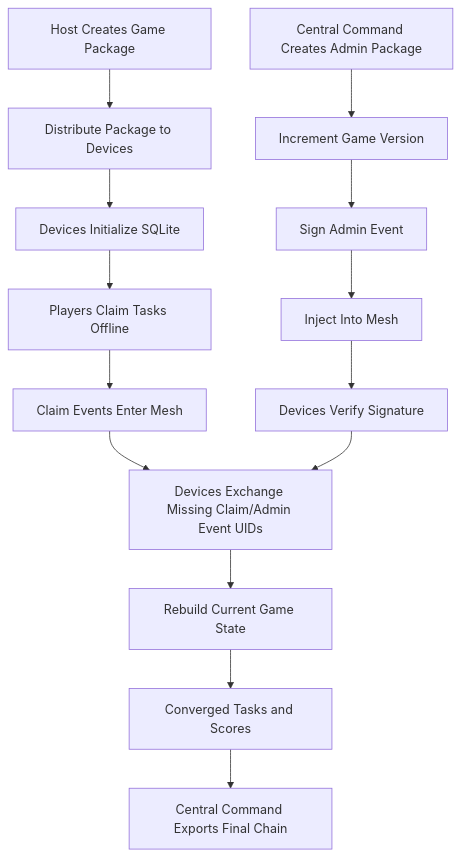
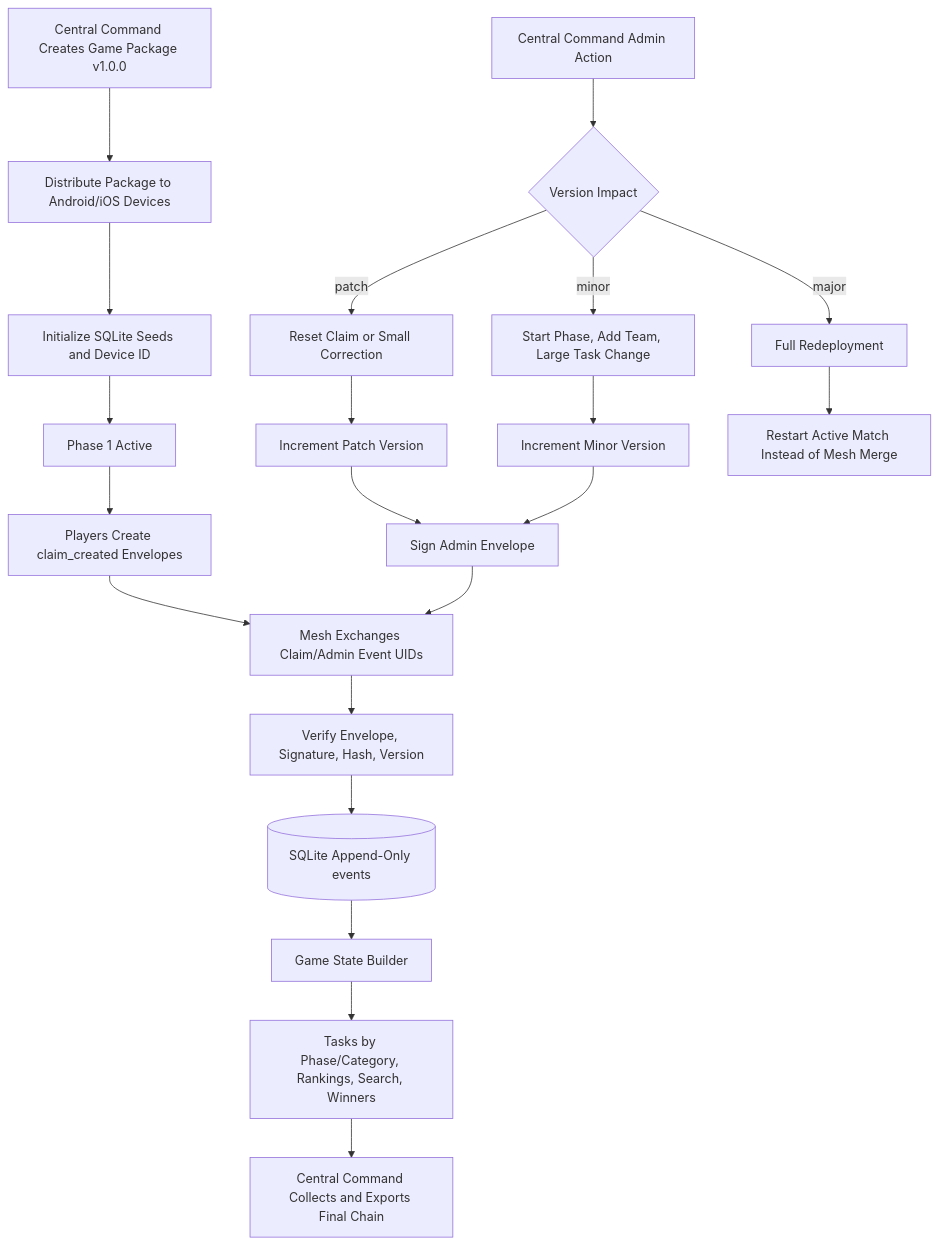
The fifth of 5 diagrams in docs/design-doc-v1.md (Gabriel-Gerdes/HumanHaunt), drawn with Mermaid before and after one commit. The commit also changed other lines of this file, not shown here.

Commit message:
update the Mermaid diagram

````diff
--- a/docs/design-doc-v1.md
+++ b/docs/design-doc-v1.md
@@ -630,16 +664,28 @@
 ```mermaid
 flowchart TD
-  setup[Host Creates Game Package] --> distribute[Distribute Package to Devices]
-  distribute --> initialize[Devices Initialize SQLite]
-  initialize --> play[Players Claim Tasks Offline]
-  play --> claim_events[Claim Events Enter Mesh]
-  command[Central Command Creates Admin Package] --> increment[Increment Game Version]
-  increment --> sign[Sign Admin Event]
-  sign --> inject[Inject Into Mesh]
-  inject --> verify[Devices Verify Signature]
-  claim_events --> sync[Devices Exchange Missing Claim/Admin Event UIDs]
-  verify --> sync
-  sync --> project[Rebuild Current Game State]
-  project --> final_state[Converged Tasks and Scores]
-  final_state --> export[Central Command Exports Final Chain]
+  setup[Central Command Creates Game Package v1.0.0] --> distribute[Distribute Package to Android/iOS Devices]
+  distribute --> initialize[Initialize SQLite Seeds and Device ID]
+  initialize --> phase1[Phase 1 Active]
+
+  phase1 --> claims[Players Create claim_created Envelopes]
+  claims --> mesh[Mesh Exchanges Claim/Admin Event UIDs]
+
+  admin_action[Central Command Admin Action] --> classify{Version Impact}
+  classify -->|patch| patch[Reset Claim or Small Correction]
+  classify -->|minor| minor[Start Phase, Add Team, Large Task Change]
+  classify -->|major| major[Full Redeployment]
+
+  patch --> increment_patch[Increment Patch Version]
+  minor --> increment_minor[Increment Minor Version]
+  major --> restart[Restart Active Match Instead of Mesh Merge]
+
+  increment_patch --> sign[Sign Admin Envelope]
+  increment_minor --> sign
+  sign --> mesh
+
+  mesh --> verify[Verify Envelope, Signature, Hash, Version]
+  verify --> store[(SQLite Append-Only events)]
+  store --> builder[Game State Builder]
+  builder --> state[Tasks by Phase/Category, Rankings, Search, Winners]
+  state --> export[Central Command Collects and Exports Final Chain]
 ```
````
